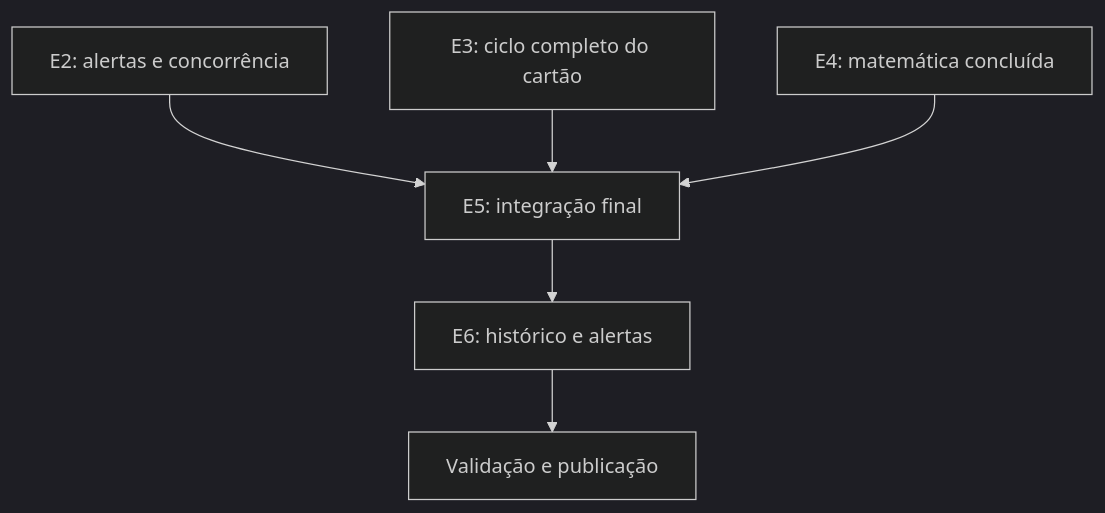
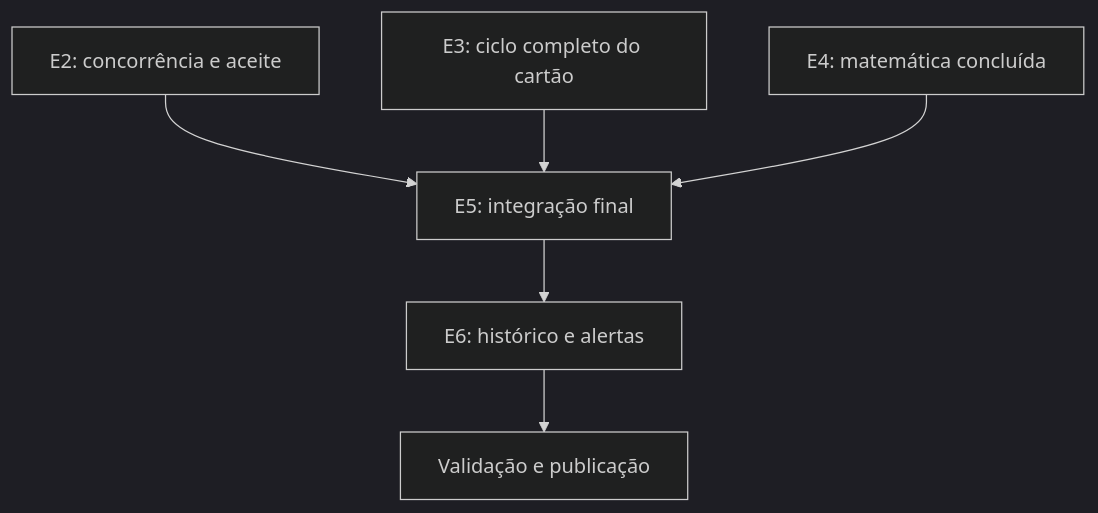
One commit to Gabriel-AR-Silva/FinanSys changed the diagram in FINANCIAL_PLANNING_STAGES.md. Above: the diagram before and after it, drawn with Mermaid (dark theme). The commit also changed other lines of this file, not shown here.

````diff
--- a/FINANCIAL_PLANNING_STAGES.md
+++ b/FINANCIAL_PLANNING_STAGES.md
@@ -31,8 +31,8 @@
 ```mermaid
 flowchart TD
-    E2["E2: alertas e concorrência"] --> E5["E5: integração final"]
+    E2["E2: concorrência e aceite"] --> E5["E5: integração final"]
     E3["E3: ciclo completo do cartão"] --> E5
     E4["E4: matemática concluída"] --> E5
     E5 --> E6["E6: histórico e alertas"]
     E6 --> PUB["Validação e publicação"]
 ```
````
